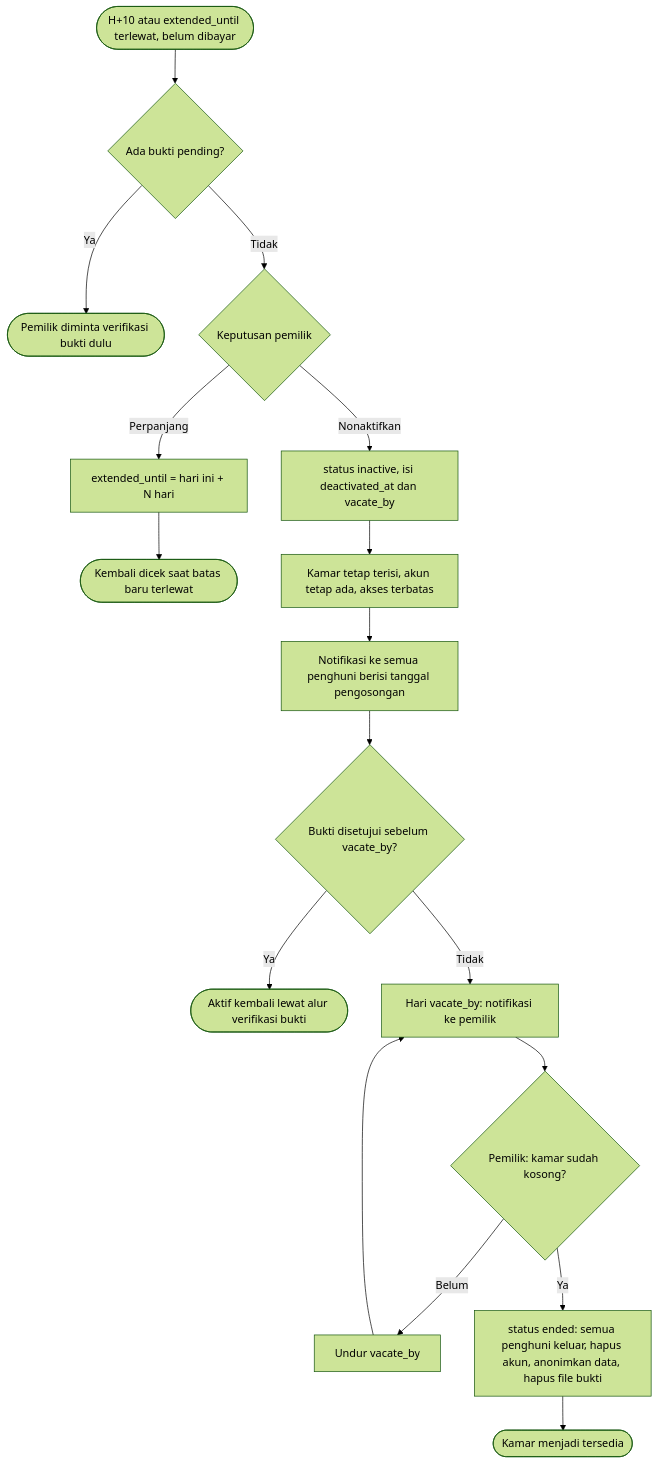
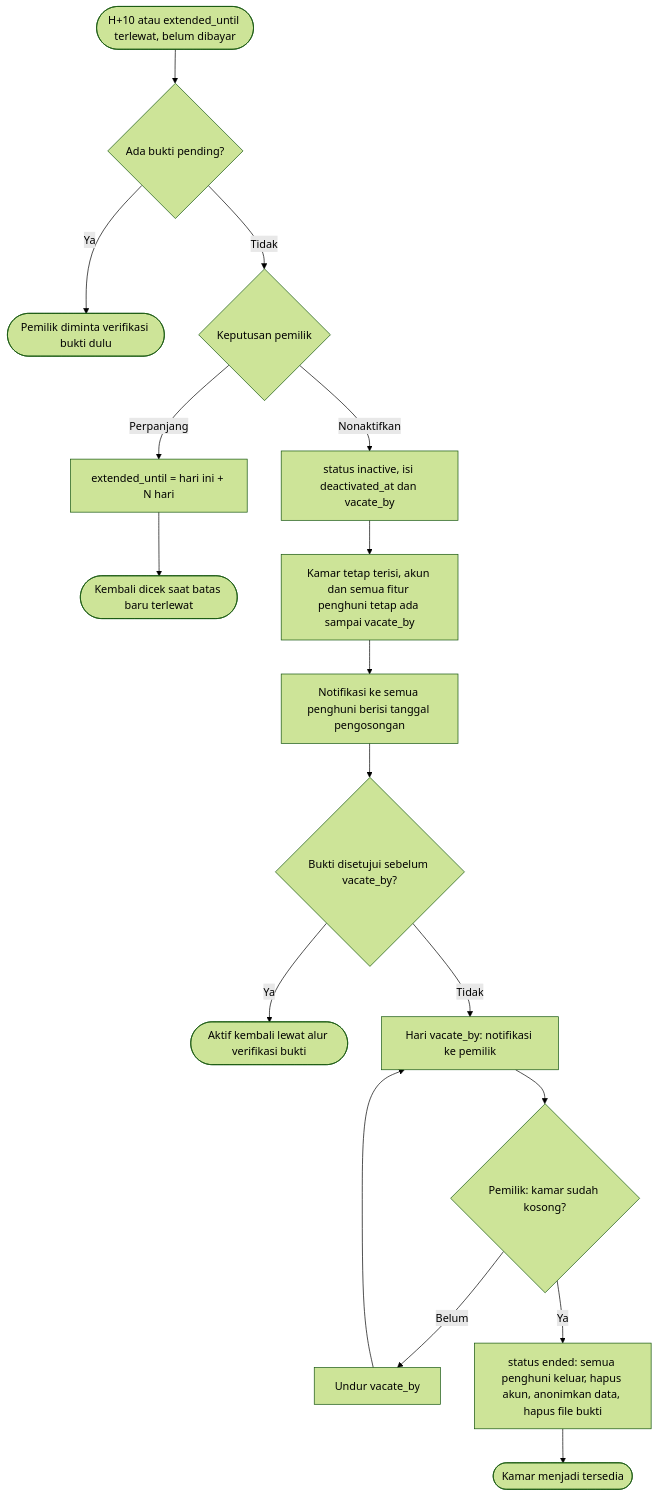
One commit to ANugroho186/kost36-app changed the fourth of 5 diagrams in docs/alur-bisnis.md. Above: the diagram before and after it, drawn with Mermaid (forest theme). The commit also changed other lines of this file and 13 other files, not shown here.

````diff
--- a/docs/alur-bisnis.md
+++ b/docs/alur-bisnis.md
@@ -163,19 +176,19 @@
 ```mermaid
 flowchart TD
     A(["H+10 atau extended_until terlewat, belum dibayar"]) --> B{"Ada bukti pending?"}
     B -- Ya --> C([Pemilik diminta verifikasi bukti dulu])
     B -- Tidak --> D{Keputusan pemilik}
     D -- Perpanjang --> E["extended_until = hari ini + N hari"]
     E --> F([Kembali dicek saat batas baru terlewat])
     D -- Nonaktifkan --> G["status inactive, isi deactivated_at dan vacate_by"]
-    G --> H["Kamar tetap terisi, akun tetap ada, akses terbatas"]
+    G --> H["Kamar tetap terisi, akun dan semua fitur penghuni tetap ada sampai vacate_by"]
     H --> I[Notifikasi ke semua penghuni berisi tanggal pengosongan]
     I --> J{"Bukti disetujui sebelum vacate_by?"}
     J -- Ya --> K([Aktif kembali lewat alur verifikasi bukti])
     J -- Tidak --> L[Hari vacate_by: notifikasi ke pemilik]
     L --> M{"Pemilik: kamar sudah kosong?"}
     M -- Belum --> N["Undur vacate_by"]
     N --> L
     M -- Ya --> O["status ended: semua penghuni keluar, hapus akun, anonimkan data, hapus file bukti"]
     O --> P([Kamar menjadi tersedia])
 ```
````
